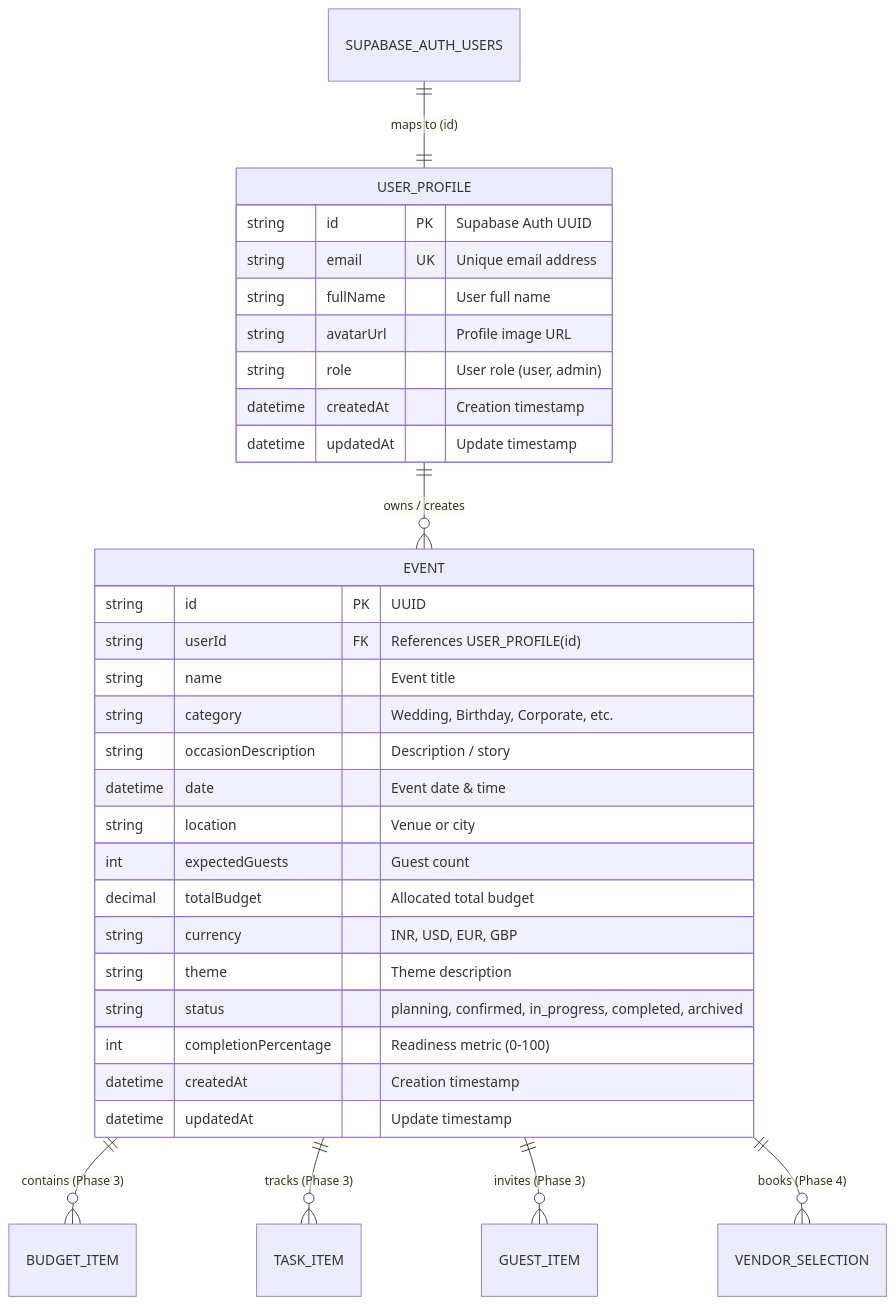
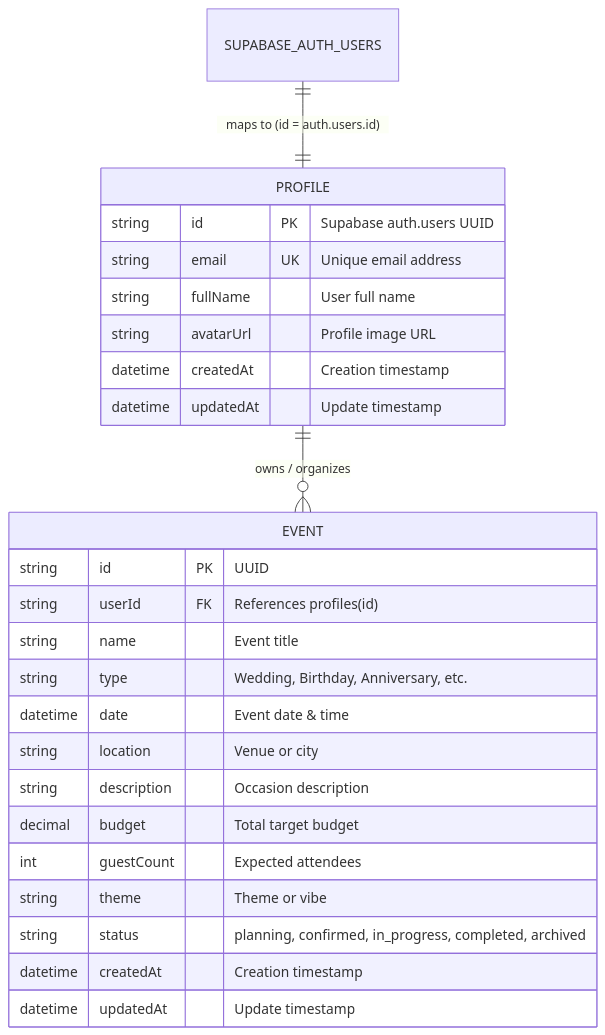
The diagram in backend/docs/DATABASE_DESIGN.md (ZEESHAN0603/PromptWar), drawn with Mermaid before and after one commit. The commit also changed other lines of this file and 44 other files, not shown here.

````diff
--- a/backend/docs/DATABASE_DESIGN.md
+++ b/backend/docs/DATABASE_DESIGN.md
@@ -13,37 +14,30 @@
 ```mermaid
 erDiagram
-    SUPABASE_AUTH_USERS ||--|| USER_PROFILE : "maps to (id)"
-    USER_PROFILE ||--o{ EVENT : "owns / creates"
-    EVENT ||--o{ BUDGET_ITEM : "contains (Phase 3)"
-    EVENT ||--o{ TASK_ITEM : "tracks (Phase 3)"
-    EVENT ||--o{ GUEST_ITEM : "invites (Phase 3)"
-    EVENT ||--o{ VENDOR_SELECTION : "books (Phase 4)"
+    SUPABASE_AUTH_USERS ||--|| PROFILE : "maps to (id = auth.users.id)"
+    PROFILE ||--o{ EVENT : "owns / organizes"
 
-    USER_PROFILE {
-        string id PK "Supabase Auth UUID"
+    PROFILE {
+        string id PK "Supabase auth.users UUID"
         string email UK "Unique email address"
         string fullName "User full name"
         string avatarUrl "Profile image URL"
-        string role "User role (user, admin)"
         datetime createdAt "Creation timestamp"
         datetime updatedAt "Update timestamp"
     }
 
     EVENT {
         string id PK "UUID"
-        string userId FK "References USER_PROFILE(id)"
+        string userId FK "References profiles(id)"
         string name "Event title"
-        string category "Wedding, Birthday, Corporate, etc."
-        string occasionDescription "Description / story"
+        string type "Wedding, Birthday, Anniversary, etc."
         datetime date "Event date & time"
         string location "Venue or city"
-        int expectedGuests "Guest count"
-        decimal totalBudget "Allocated total budget"
-        string currency "INR, USD, EUR, GBP"
-        string theme "Theme description"
+        string description "Occasion description"
+        decimal budget "Total target budget"
+        int guestCount "Expected attendees"
+        string theme "Theme or vibe"
         string status "planning, confirmed, in_progress, completed, archived"
-        int completionPercentage "Readiness metric (0-100)"
         datetime createdAt "Creation timestamp"
         datetime updatedAt "Update timestamp"
     }
 ```
````
